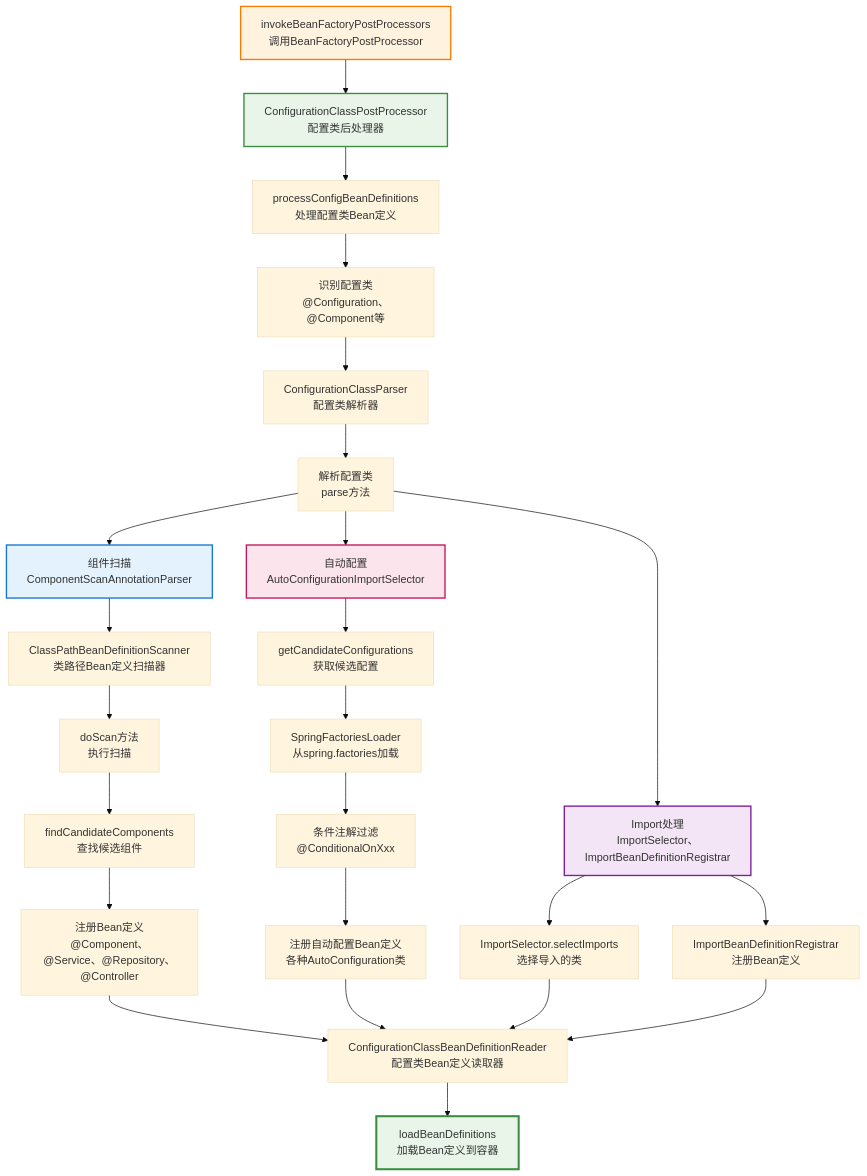
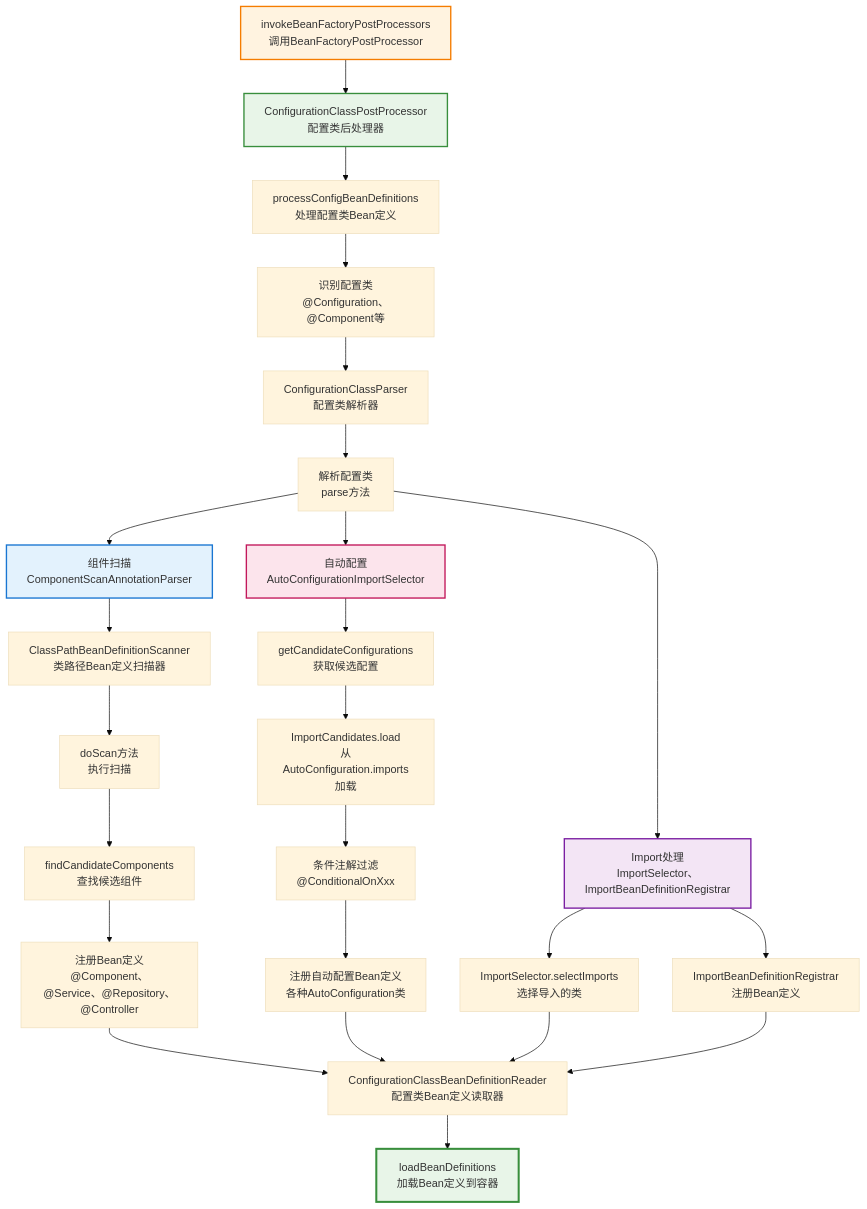
The second of 4 diagrams in docs/启动流程/SpringBoot启动流程-完整源码分析-详细指南.md (yetiKnight/springboot-learning), drawn with Mermaid (base theme) before and after one commit. The commit also changed other lines of this file and 2 other files, not shown here.

````diff
--- a/docs/启动流程/SpringBoot启动流程-完整源码分析-详细指南.md
+++ b/docs/启动流程/SpringBoot启动流程-完整源码分析-详细指南.md
@@ -101,37 +101,37 @@
 ```mermaid
 flowchart TD
     A["invokeBeanFactoryPostProcessors<br/>调用BeanFactoryPostProcessor"] --> B["ConfigurationClassPostProcessor<br/>配置类后处理器"]
     B --> C["processConfigBeanDefinitions<br/>处理配置类Bean定义"]
     C --> D["识别配置类<br/>@Configuration、@Component等"]
     D --> E["ConfigurationClassParser<br/>配置类解析器"]
     E --> F["解析配置类<br/>parse方法"]
     F --> G["组件扫描<br/>ComponentScanAnnotationParser"]
     F --> H["自动配置<br/>AutoConfigurationImportSelector"]
     F --> I["Import处理<br/>ImportSelector、ImportBeanDefinitionRegistrar"]
     
     G --> G1["ClassPathBeanDefinitionScanner<br/>类路径Bean定义扫描器"]
     G1 --> G2["doScan方法<br/>执行扫描"]
     G2 --> G3["findCandidateComponents<br/>查找候选组件"]
     G3 --> G4["注册Bean定义<br/>@Component、@Service、@Repository、@Controller"]
     
     H --> H1["getCandidateConfigurations<br/>获取候选配置"]
-    H1 --> H2["SpringFactoriesLoader<br/>从spring.factories加载"]
+    H1 --> H2["ImportCandidates.load<br/>从AutoConfiguration.imports加载"]
     H2 --> H3["条件注解过滤<br/>@ConditionalOnXxx"]
     H3 --> H4["注册自动配置Bean定义<br/>各种AutoConfiguration类"]
     
     I --> I1["ImportSelector.selectImports<br/>选择导入的类"]
     I --> I2["ImportBeanDefinitionRegistrar<br/>注册Bean定义"]
     
     G4 --> J["ConfigurationClassBeanDefinitionReader<br/>配置类Bean定义读取器"]
     H4 --> J
     I1 --> J
     I2 --> J
     J --> K["loadBeanDefinitions<br/>加载Bean定义到容器"]
     
     style A fill:#fff3e0,stroke:#f57c00,stroke-width:2px
     style B fill:#e8f5e8,stroke:#388e3c,stroke-width:2px
     style G fill:#e3f2fd,stroke:#1976d2,stroke-width:2px
     style H fill:#fce4ec,stroke:#c2185b,stroke-width:2px
     style I fill:#f3e5f5,stroke:#7b1fa2,stroke-width:2px
     style K fill:#e8f5e8,stroke:#388e3c,stroke-width:3px
 ```
````
